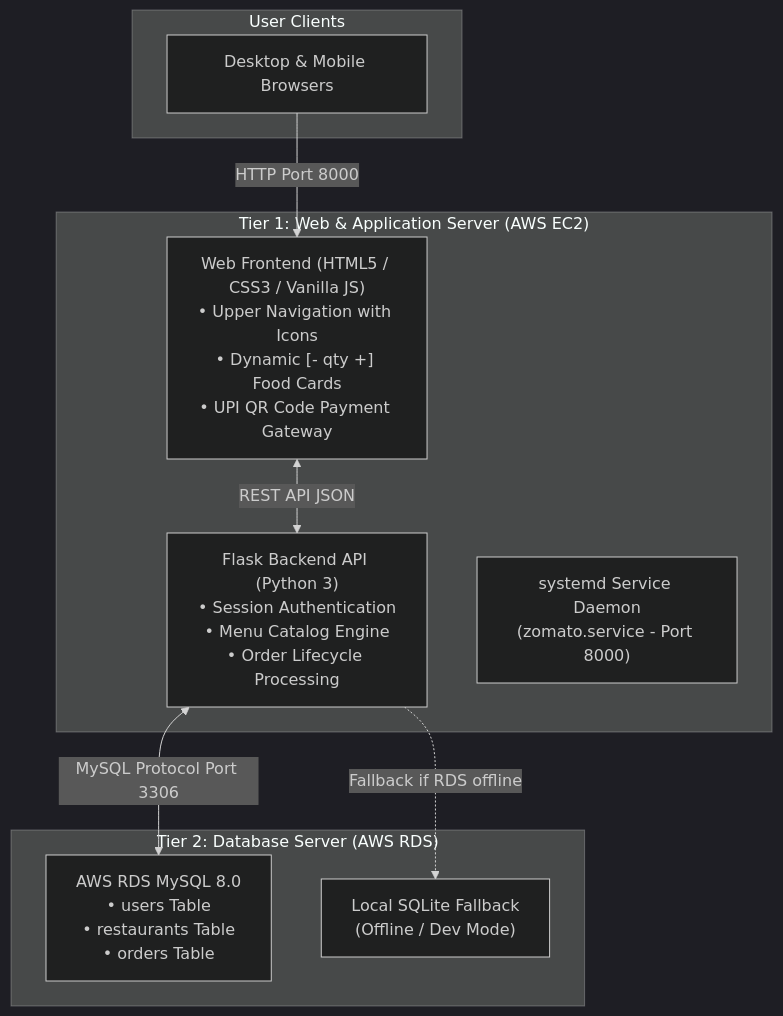
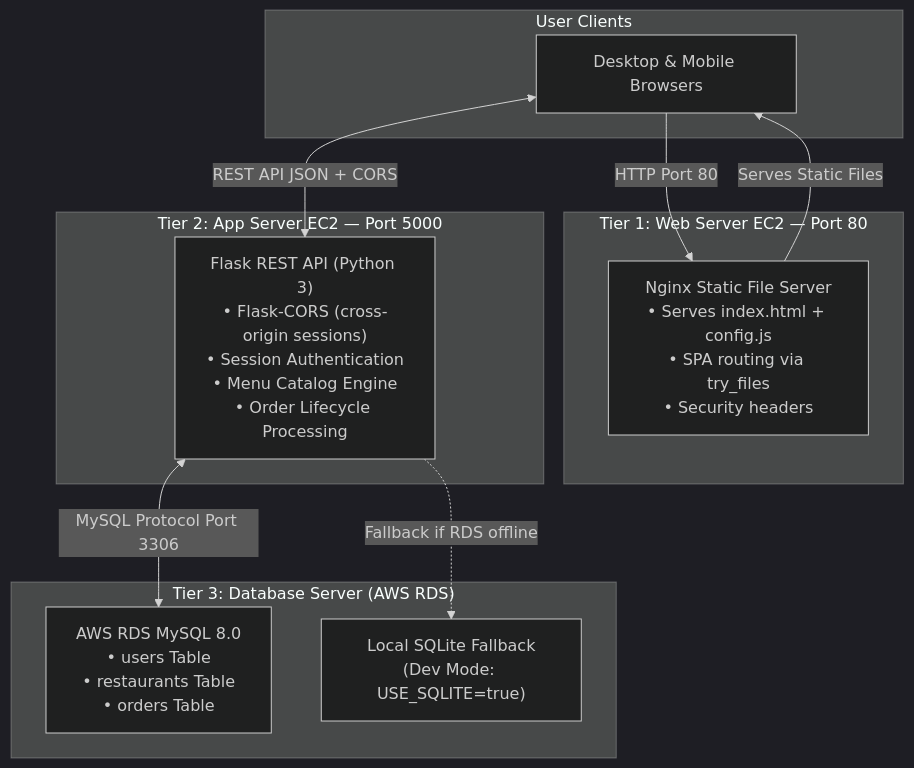
One commit to bharatsairamkadali02/zomatoapp changed the diagram in README.md. Above: the diagram before and after it, drawn with Mermaid (dark theme). The commit also changed other lines of this file and 7 other files, not shown here.

First line of the commit message:
feat: convert 2-tier to true 3-tier architecture (Web + App + RDS on separate machines)

````diff
--- a/README.md
+++ b/README.md
@@ -22,22 +23,25 @@
 ```mermaid
 graph TD
     subgraph Client["User Clients"]
         Browser["Desktop & Mobile Browsers"]
     end
 
-    subgraph Tier1["Tier 1: Web & Application Server (AWS EC2)"]
-        WebUI["Web Frontend (HTML5 / CSS3 / Vanilla JS)<br/>• Upper Navigation with Icons<br/>• Dynamic [- qty +] Food Cards<br/>• UPI QR Code Payment Gateway"]
-        FlaskAPI["Flask Backend API (Python 3)<br/>• Session Authentication<br/>• Menu Catalog Engine<br/>• Order Lifecycle Processing"]
-        Systemd["systemd Service Daemon<br/>(zomato.service - Port 8000)"]
+    subgraph Tier1["Tier 1: Web Server EC2 — Port 80"]
+        Nginx["Nginx Static File Server<br/>• Serves index.html + config.js<br/>• SPA routing via try_files<br/>• Security headers"]
     end
 
-    subgraph Tier2["Tier 2: Database Server (AWS RDS)"]
-        MySQL["AWS RDS MySQL 8.0<br/>• users Table<br/>• restaurants Table<br/>• orders Table"]
-        SQLiteFallback["Local SQLite Fallback<br/>(Offline / Dev Mode)"]
+    subgraph Tier2["Tier 2: App Server EC2 — Port 5000"]
+        FlaskAPI["Flask REST API (Python 3)<br/>• Flask-CORS (cross-origin sessions)<br/>• Session Authentication<br/>• Menu Catalog Engine<br/>• Order Lifecycle Processing"]
     end
 
-    Browser -->|HTTP Port 8000| WebUI
-    WebUI <-->|REST API JSON| FlaskAPI
+    subgraph Tier3["Tier 3: Database Server (AWS RDS)"]
+        MySQL["AWS RDS MySQL 8.0<br/>• users Table<br/>• restaurants Table<br/>• orders Table"]
+        SQLiteFallback["Local SQLite Fallback<br/>(Dev Mode: USE_SQLITE=true)"]
+    end
+
+    Browser -->|HTTP Port 80| Nginx
+    Nginx -->|Serves Static Files| Browser
+    Browser <-->|REST API JSON + CORS| FlaskAPI
     FlaskAPI <-->|MySQL Protocol Port 3306| MySQL
     FlaskAPI -.->|Fallback if RDS offline| SQLiteFallback
 ```
````
